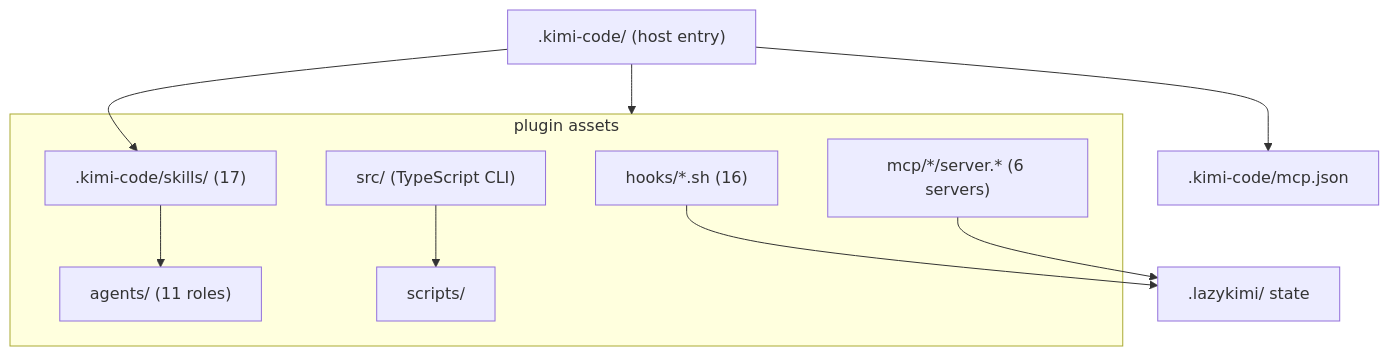
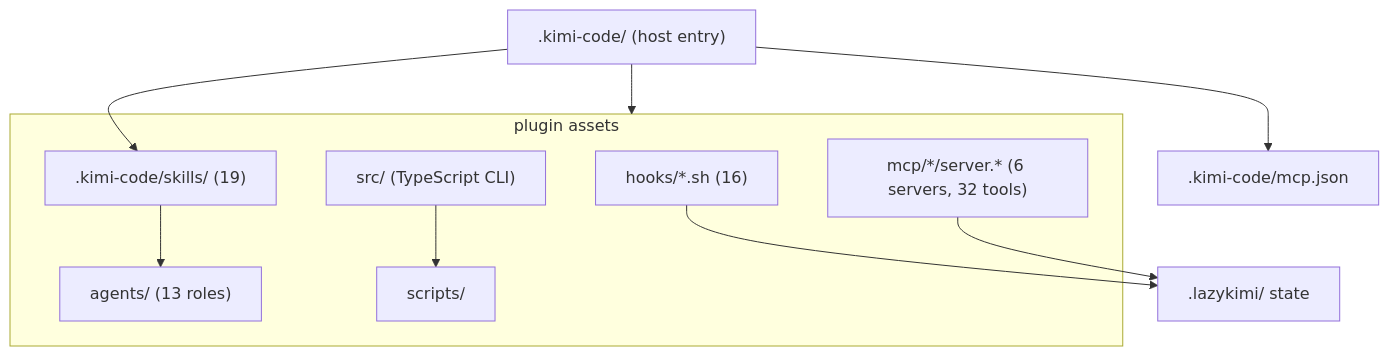
One commit to elvinzhao10/LazyKimi changed the diagram in lazykimi-plugin/docs/07-package-map.md. Above: the diagram before and after it, drawn with Mermaid. The commit also changed other lines of this file and 16 other files, not shown here.

````diff
--- a/lazykimi-plugin/docs/07-package-map.md
+++ b/lazykimi-plugin/docs/07-package-map.md
@@ -7,18 +7,18 @@
 ```mermaid
 flowchart TB
     KCDot[".kimi-code/ (host entry)"] --> Assets
     subgraph Assets["plugin assets"]
-      Skills[".kimi-code/skills/ (17)"]
-      Agents["agents/ (11 roles)"]
+      Skills[".kimi-code/skills/ (19)"]
+      Agents["agents/ (13 roles)"]
       HookScripts["hooks/*.sh (16)"]
-      MCP["mcp/*/server.* (6 servers)"]
+      MCP["mcp/*/server.* (6 servers, 32 tools)"]
       CLI["src/ (TypeScript CLI)"]
       Scripts["scripts/"]
     end
     KCDot --> Skills
     KCDot --> MCPDecl[".kimi-code/mcp.json"]
     Skills --> Agents
     HookScripts --> State[".lazykimi/ state"]
     MCP --> State
     CLI --> Scripts
 ```
````
